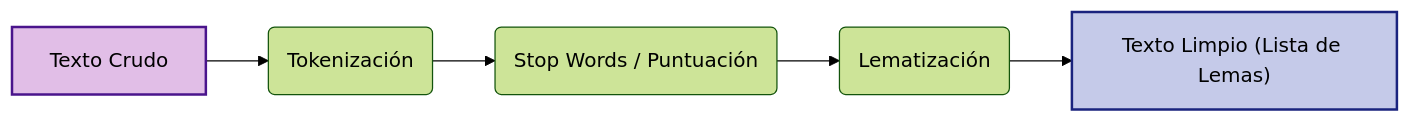
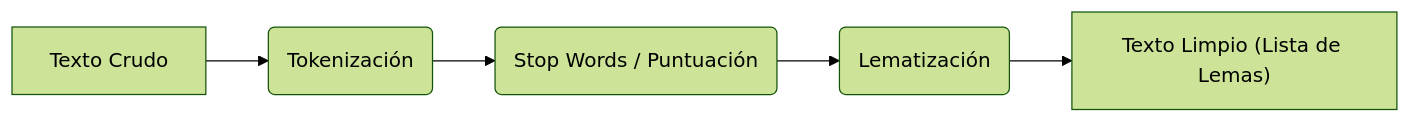
One commit to rvergaraa/nlp-practic-course changed the first of 4 diagrams in clase_nlp_conceptos.md. Above: the diagram before and after it, drawn with Mermaid (forest theme).

````diff
--- a/clase_nlp_conceptos.md
+++ b/clase_nlp_conceptos.md
@@ -16,9 +16,7 @@
 ```mermaid
 graph LR
     A["Texto Crudo"] --> B(Tokenización)
     B --> C(Stop Words / Puntuación)
     C --> D(Lematización)
     D --> E["Texto Limpio (Lista de Lemas)"]
-    style A fill:#e1bee7,stroke:#4a148c,stroke-width:2px
-    style E fill:#c5cae9,stroke:#1a237e,stroke-width:2px
 ```
````
